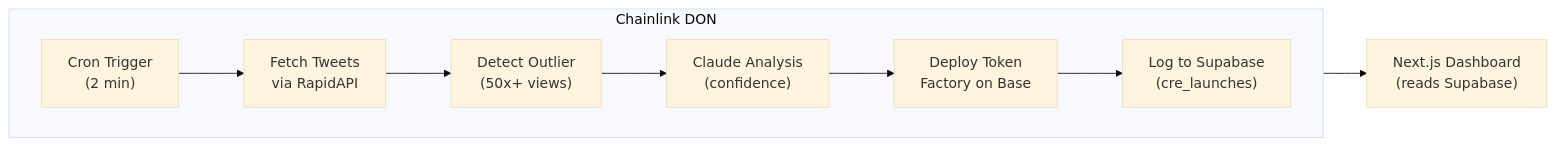
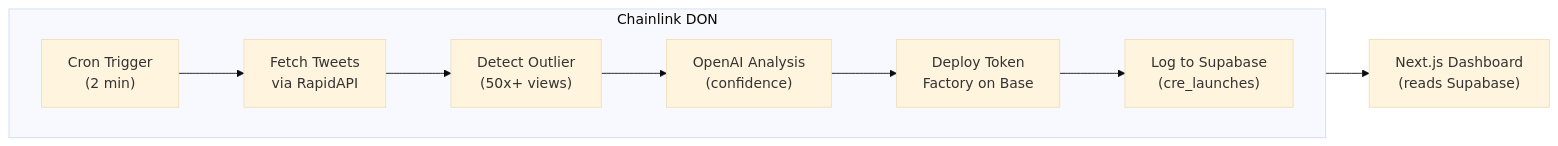
The first of 5 diagrams in README.md (fozagtx/mina), drawn with Mermaid (base theme) before and after one commit. The commit also changed other lines of this file and 9 other files, not shown here.

First line of the commit message:
Replace Claude/Anthropic with OpenAI across entire codebase

````diff
--- a/README.md
+++ b/README.md
@@ -9,13 +9,13 @@
 ```mermaid
 flowchart LR
     subgraph DON["Chainlink DON"]
         direction LR
         A["Cron Trigger\n(2 min)"] --> B["Fetch Tweets\nvia RapidAPI"]
         B --> C["Detect Outlier\n(50x+ views)"]
-        C --> D["Claude Analysis\n(confidence)"]
+        C --> D["OpenAI Analysis\n(confidence)"]
         D --> E["Deploy Token\nFactory on Base"]
         E --> F["Log to Supabase\n(cre_launches)"]
     end
 
     F --> G["Next.js Dashboard\n(reads Supabase)"]
 ```
````
